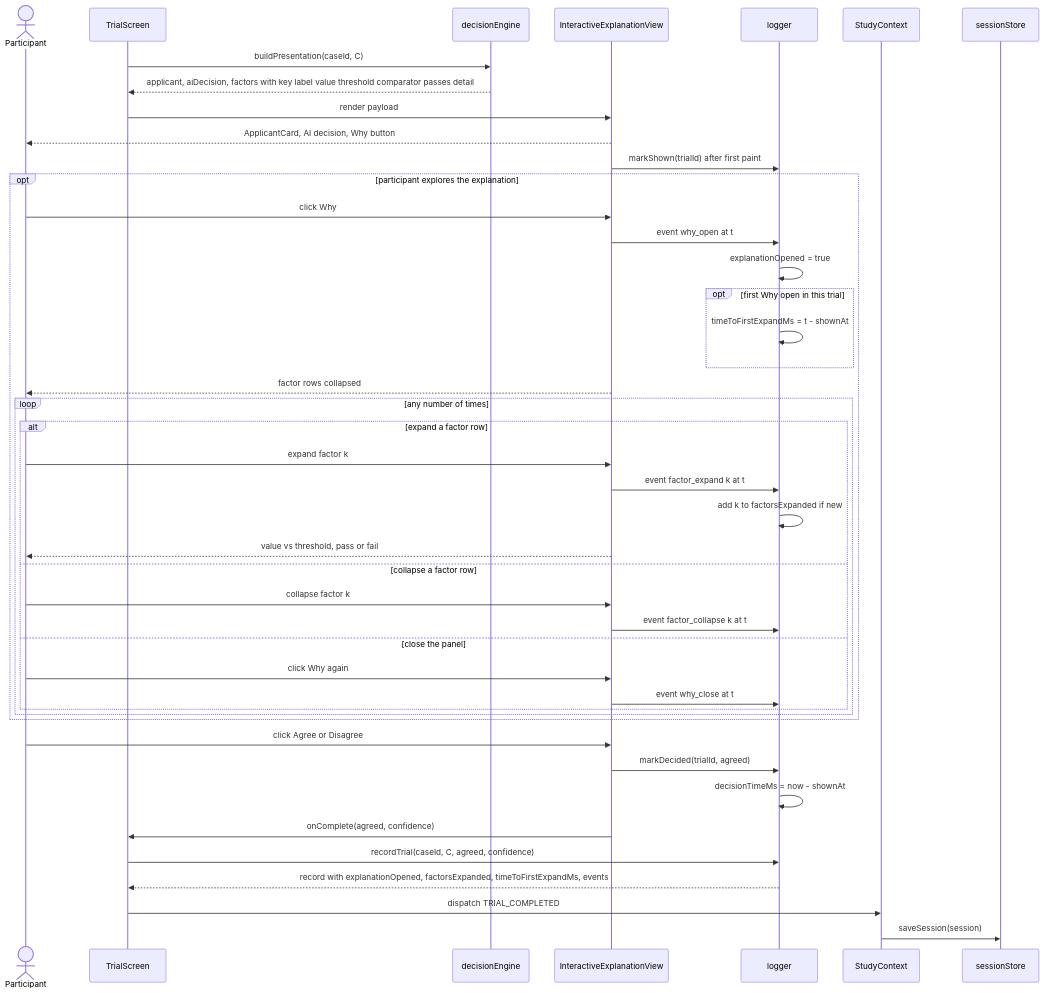
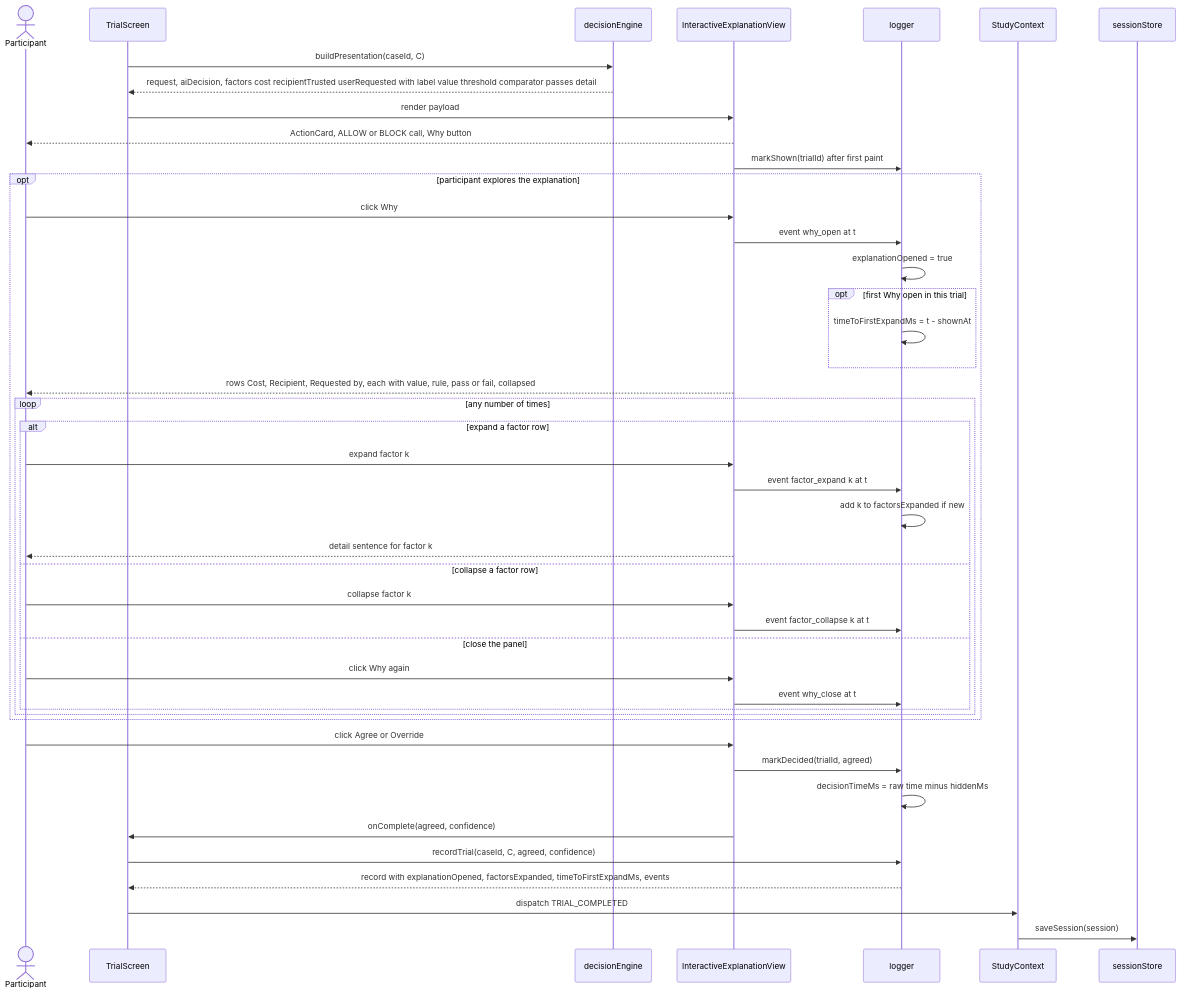
The fourth of 8 diagrams in docs/sequence-diagrams.md (bibekgupta3333/HCI), drawn with Mermaid before and after one commit. The commit also changed other lines of this file and 10 other files, not shown here.

````diff
--- a/docs/sequence-diagrams.md
+++ b/docs/sequence-diagrams.md
@@ -177,47 +180,47 @@
 ```mermaid
 sequenceDiagram
     actor P as Participant
     participant Trial as TrialScreen
     participant DE as decisionEngine
     participant View as InteractiveExplanationView
     participant Log as logger
     participant SC as StudyContext
     participant SS as sessionStore
 
     Trial->>DE: buildPresentation(caseId, C)
-    DE-->>Trial: applicant, aiDecision, factors with key label value threshold comparator passes detail
+    DE-->>Trial: request, aiDecision, factors cost recipientTrusted userRequested with label value threshold comparator passes detail
     Trial->>View: render payload
-    View-->>P: ApplicantCard, AI decision, Why button
+    View-->>P: ActionCard, ALLOW or BLOCK call, Why button
     View->>Log: markShown(trialId) after first paint
     opt participant explores the explanation
         P->>View: click Why
         View->>Log: event why_open at t
         Log->>Log: explanationOpened = true
         opt first Why open in this trial
             Log->>Log: timeToFirstExpandMs = t - shownAt
         end
-        View-->>P: factor rows collapsed
+        View-->>P: rows Cost, Recipient, Requested by, each with value, rule, pass or fail, collapsed
         loop any number of times
             alt expand a factor row
                 P->>View: expand factor k
                 View->>Log: event factor_expand k at t
                 Log->>Log: add k to factorsExpanded if new
-                View-->>P: value vs threshold, pass or fail
+                View-->>P: detail sentence for factor k
             else collapse a factor row
                 P->>View: collapse factor k
                 View->>Log: event factor_collapse k at t
             else close the panel
                 P->>View: click Why again
                 View->>Log: event why_close at t
             end
         end
     end
-    P->>View: click Agree or Disagree
+    P->>View: click Agree or Override
     View->>Log: markDecided(trialId, agreed)
-    Log->>Log: decisionTimeMs = now - shownAt
+    Log->>Log: decisionTimeMs = raw time minus hiddenMs
     View->>Trial: onComplete(agreed, confidence)
     Trial->>Log: recordTrial(caseId, C, agreed, confidence)
     Log-->>Trial: record with explanationOpened, factorsExpanded, timeToFirstExpandMs, events
     Trial->>SC: dispatch TRIAL_COMPLETED
     SC->>SS: saveSession(session)
 ```
````
